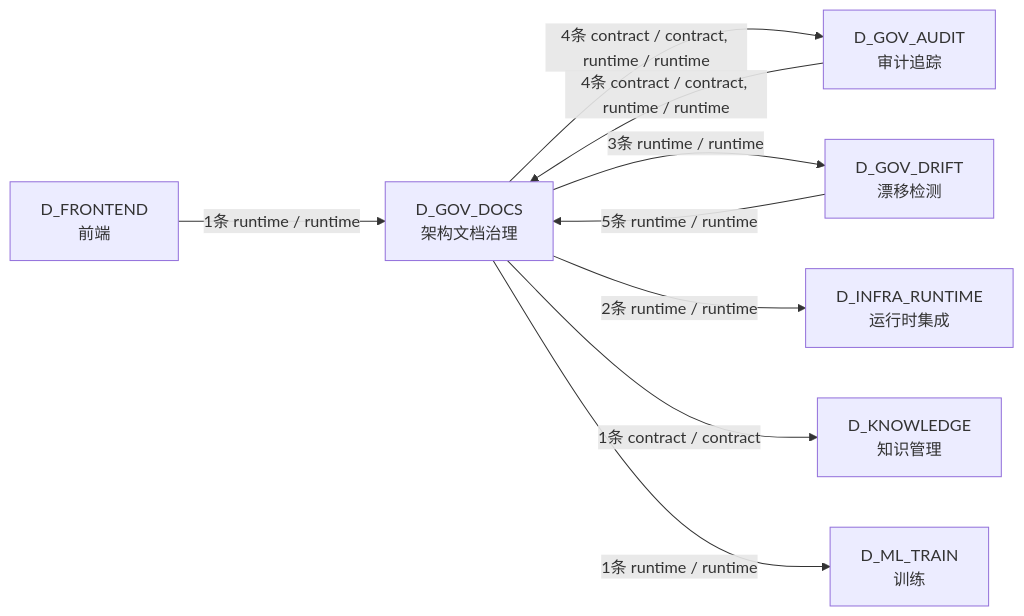
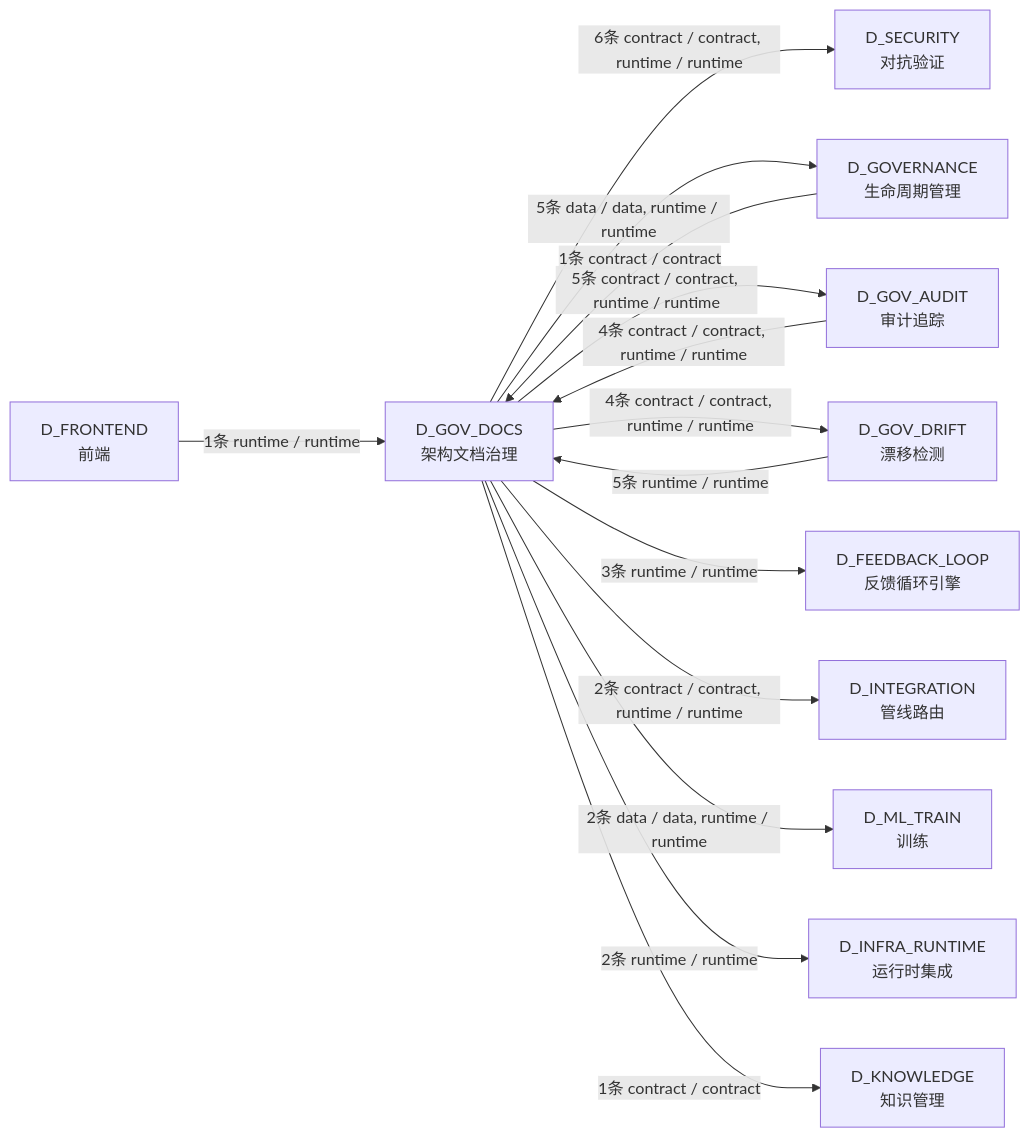
One commit to xuanFelixVan/ZephyrAlpha changed the third of 3 diagrams in docs/02_enterprise_architecture/02_domain_architecture_docs/40_d_gov_docs.md. Above: the diagram before and after it, drawn with Mermaid. The commit also changed other lines of this file and 87 other files, not shown here.

````diff
--- a/docs/02_enterprise_architecture/02_domain_architecture_docs/40_d_gov_docs.md
+++ b/docs/02_enterprise_architecture/02_domain_architecture_docs/40_d_gov_docs.md
@@ -318,18 +372,27 @@
 ```mermaid
 graph LR
     D_GOV_DOCS["D_GOV_DOCS<br/>架构文档治理"]
+    D_SECURITY["D_SECURITY<br/>对抗验证"]
+    D_GOVERNANCE["D_GOVERNANCE<br/>生命周期管理"]
     D_GOV_AUDIT["D_GOV_AUDIT<br/>审计追踪"]
     D_GOV_DRIFT["D_GOV_DRIFT<br/>漂移检测"]
+    D_FEEDBACK_LOOP["D_FEEDBACK_LOOP<br/>反馈循环引擎"]
+    D_INTEGRATION["D_INTEGRATION<br/>管线路由"]
+    D_ML_TRAIN["D_ML_TRAIN<br/>训练"]
     D_INFRA_RUNTIME["D_INFRA_RUNTIME<br/>运行时集成"]
     D_KNOWLEDGE["D_KNOWLEDGE<br/>知识管理"]
-    D_ML_TRAIN["D_ML_TRAIN<br/>训练"]
     D_FRONTEND["D_FRONTEND<br/>前端"]
-    D_GOV_DOCS -->|4条 contract / contract, runtime / runtime| D_GOV_AUDIT
-    D_GOV_DOCS -->|3条 runtime / runtime| D_GOV_DRIFT
+    D_GOV_DOCS -->|6条 contract / contract, runtime / runtime| D_SECURITY
+    D_GOV_DOCS -->|5条 data / data, runtime / runtime| D_GOVERNANCE
+    D_GOV_DOCS -->|5条 contract / contract, runtime / runtime| D_GOV_AUDIT
+    D_GOV_DOCS -->|4条 contract / contract, runtime / runtime| D_GOV_DRIFT
+    D_GOV_DOCS -->|3条 runtime / runtime| D_FEEDBACK_LOOP
+    D_GOV_DOCS -->|2条 contract / contract, runtime / runtime| D_INTEGRATION
+    D_GOV_DOCS -->|2条 data / data, runtime / runtime| D_ML_TRAIN
     D_GOV_DOCS -->|2条 runtime / runtime| D_INFRA_RUNTIME
     D_GOV_DOCS -->|1条 contract / contract| D_KNOWLEDGE
-    D_GOV_DOCS -->|1条 runtime / runtime| D_ML_TRAIN
     D_GOV_DRIFT -->|5条 runtime / runtime| D_GOV_DOCS
     D_GOV_AUDIT -->|4条 contract / contract, runtime / runtime| D_GOV_DOCS
     D_FRONTEND -->|1条 runtime / runtime| D_GOV_DOCS
+    D_GOVERNANCE -->|1条 contract / contract| D_GOV_DOCS
 ```
````
